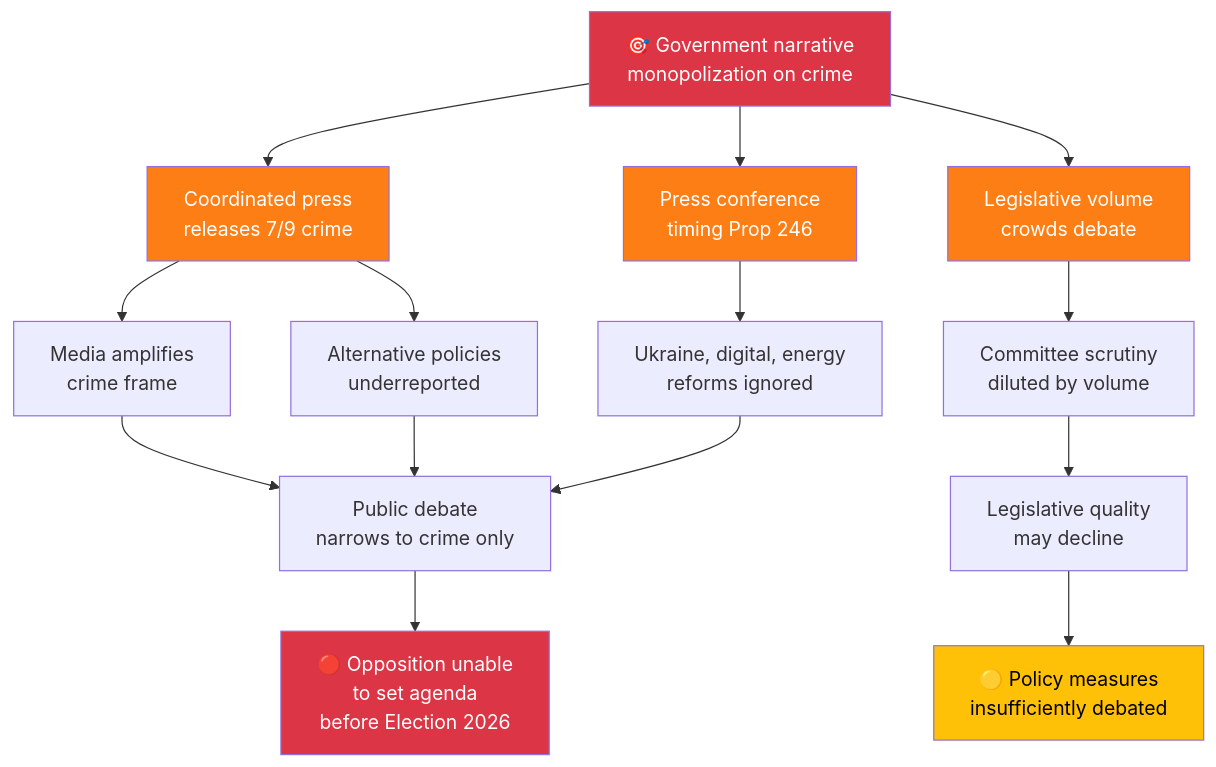
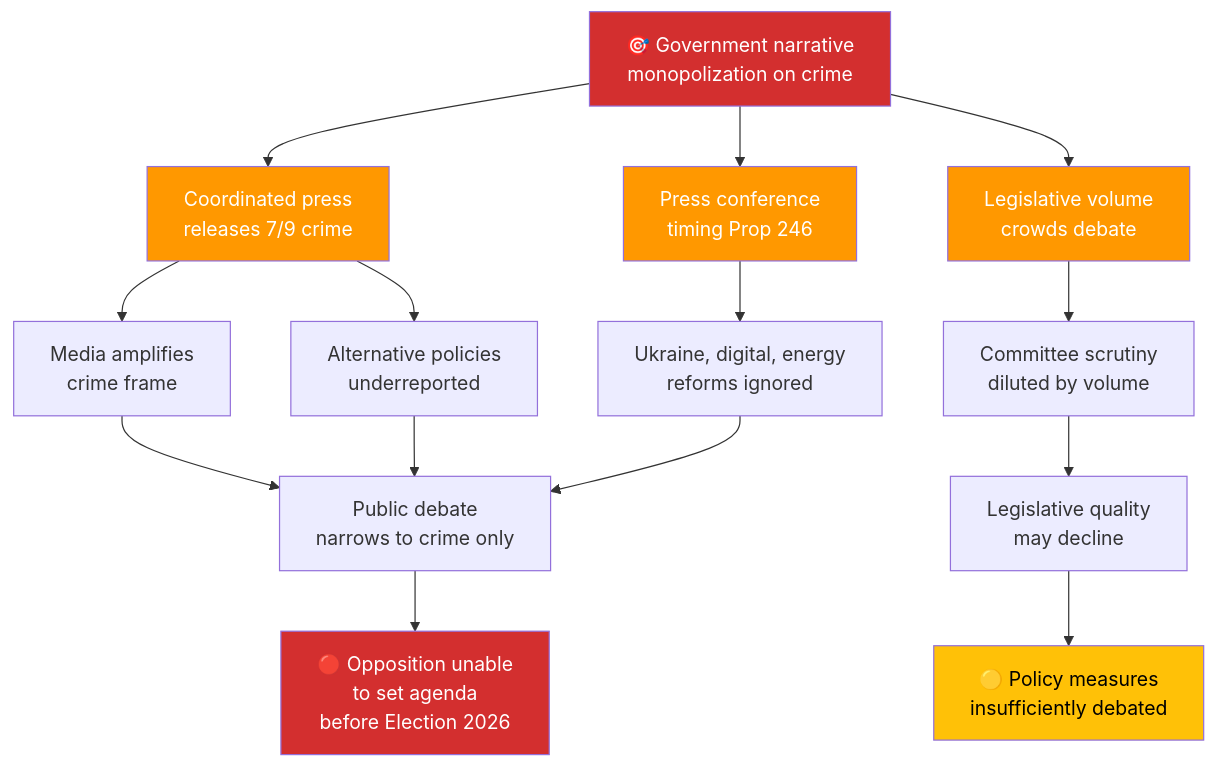
The second of 2 diagrams in analysis/daily/2026-04-16/evening-analysis/threat-analysis.md (Hack23/riksdagsmonitor), drawn with Mermaid before and after one commit. The commit also changed other lines of this file and 785 other files, not shown here.

First line of the commit message:
Normalize mermaid colors across 786 analysis artifacts to ISMS Style Guide palette

````diff
--- a/analysis/daily/2026-04-16/evening-analysis/threat-analysis.md
+++ b/analysis/daily/2026-04-16/evening-analysis/threat-analysis.md
@@ -124,26 +124,26 @@
 ```mermaid
 graph TD
     ROOT["🎯 Government narrative<br/>monopolization on crime"] --> A1["Coordinated press<br/>releases 7/9 crime"]
     ROOT --> A2["Press conference<br/>timing Prop 246"]
     ROOT --> A3["Legislative volume<br/>crowds debate"]
     
     A1 --> B1["Media amplifies<br/>crime frame"]
     A1 --> B2["Alternative policies<br/>underreported"]
     A2 --> B3["Ukraine, digital, energy<br/>reforms ignored"]
     A3 --> B4["Committee scrutiny<br/>diluted by volume"]
     
     B1 --> C1["Public debate<br/>narrows to crime only"]
     B2 --> C1
     B3 --> C1
     B4 --> C2["Legislative quality<br/>may decline"]
     
     C1 --> D1["🔴 Opposition unable<br/>to set agenda<br/>before Election 2026"]
     C2 --> D2["🟡 Policy measures<br/>insufficiently debated"]
     
-    style ROOT fill:#dc3545,color:#fff
-    style D1 fill:#dc3545,color:#fff
-    style D2 fill:#ffc107,color:#000
-    style A1 fill:#fd7e14,color:#fff
-    style A2 fill:#fd7e14,color:#fff
-    style A3 fill:#fd7e14,color:#fff
+    style ROOT fill:#D32F2F,color:#FFFFFF
+    style D1 fill:#D32F2F,color:#FFFFFF
+    style D2 fill:#FFC107,color:#000000
+    style A1 fill:#FF9800,color:#FFFFFF
+    style A2 fill:#FF9800,color:#FFFFFF
+    style A3 fill:#FF9800,color:#FFFFFF
 ```
````
